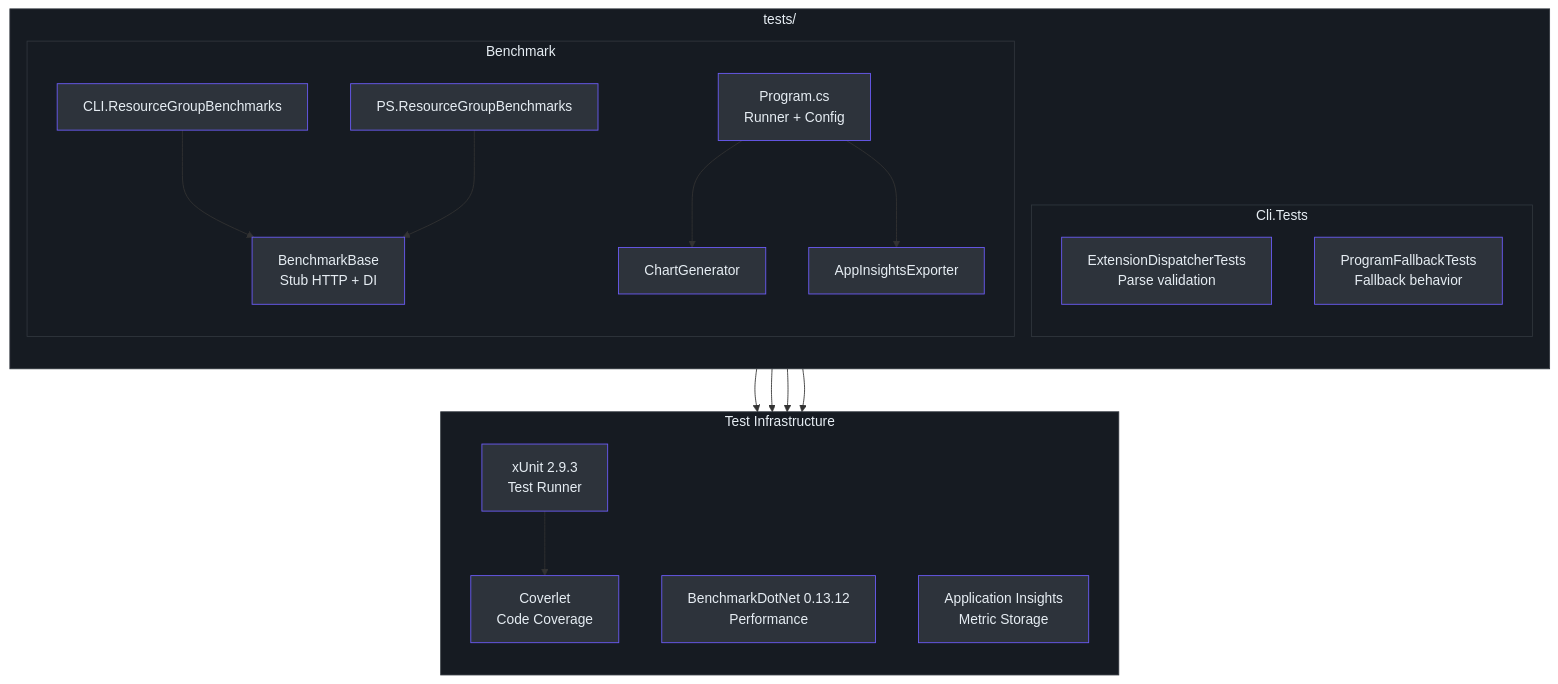
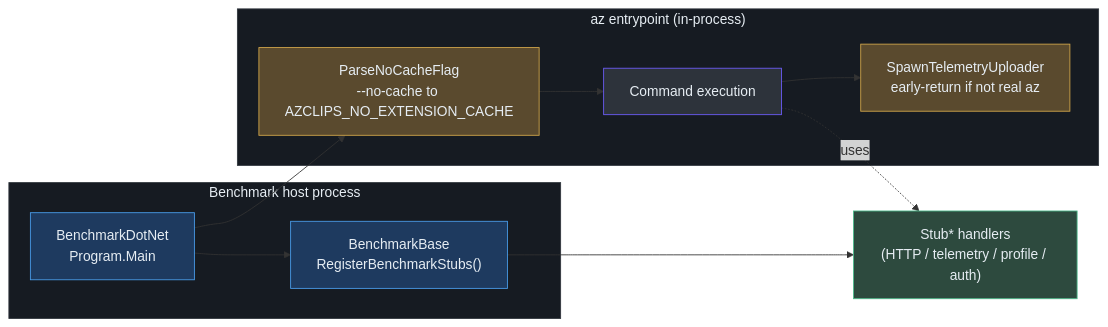
One commit to Azure/azclips changed the second of 2 diagrams in wiki/02-deep-dive/testing-benchmarking.md. Above: the diagram before and after it, drawn with Mermaid. The commit also changed other lines of this file and 19 other files, not shown here.

````diff
--- a/wiki/02-deep-dive/testing-benchmarking.md
+++ b/wiki/02-deep-dive/testing-benchmarking.md
@@ -12,54 +103,24 @@
 ```mermaid
-flowchart TB
-    subgraph Tests["tests/"]
-        direction TB
-        subgraph Unit["Cli.Tests"]
-            EDT["ExtensionDispatcherTests<br>Parse validation"]
-            PFT["ProgramFallbackTests<br>Fallback behavior"]
-        end
-        subgraph Perf["Benchmark"]
-            Prog["Program.cs<br>Runner + Config"]
-            Base["BenchmarkBase<br>Stub HTTP + DI"]
-            CLIB["CLI.ResourceGroupBenchmarks"]
-            PSB["PS.ResourceGroupBenchmarks"]
-            AIE["AppInsightsExporter"]
-            CG["ChartGenerator"]
-        end
+flowchart LR
+    subgraph host["Benchmark host process"]
+        BDN["BenchmarkDotNet<br>Program.Main"]
+        BASE["BenchmarkBase<br>RegisterBenchmarkStubs()"]
     end
-
-    subgraph Infra["Test Infrastructure"]
-        direction TB
-        Coverlet["Coverlet<br>Code Coverage"]
-        xUnit["xUnit 2.9.3<br>Test Runner"]
-        BDN["BenchmarkDotNet 0.13.12<br>Performance"]
-        AppIns["Application Insights<br>Metric Storage"]
+    subgraph cli["az entrypoint (in-process)"]
+        NC["ParseNoCacheFlag<br>--no-cache to AZCLIPS_NO_EXTENSION_CACHE"]
+        RUN["Command execution"]
+        TEL["SpawnTelemetryUploader<br>early-return if not real az"]
     end
-
-    EDT --> xUnit
-    PFT --> xUnit
-    xUnit --> Coverlet
-
-    CLIB --> Base
-    PSB --> Base
-    Prog --> BDN
-    Prog --> CG
-    Prog --> AIE
-    AIE --> AppIns
-
-    style Tests fill:#161b22,stroke:#30363d,color:#e6edf3
-    style Unit fill:#161b22,stroke:#30363d,color:#e6edf3
-    style Perf fill:#161b22,stroke:#30363d,color:#e6edf3
-    style Infra fill:#161b22,stroke:#30363d,color:#e6edf3
-    style EDT fill:#2d333b,stroke:#6d5dfc,color:#e6edf3
-    style PFT fill:#2d333b,stroke:#6d5dfc,color:#e6edf3
-    style Prog fill:#2d333b,stroke:#6d5dfc,color:#e6edf3
-    style Base fill:#2d333b,stroke:#6d5dfc,color:#e6edf3
-    style CLIB fill:#2d333b,stroke:#6d5dfc,color:#e6edf3
-    style PSB fill:#2d333b,stroke:#6d5dfc,color:#e6edf3
-    style AIE fill:#2d333b,stroke:#6d5dfc,color:#e6edf3
-    style CG fill:#2d333b,stroke:#6d5dfc,color:#e6edf3
-    style Coverlet fill:#2d333b,stroke:#6d5dfc,color:#e6edf3
-    style xUnit fill:#2d333b,stroke:#6d5dfc,color:#e6edf3
-    style BDN fill:#2d333b,stroke:#6d5dfc,color:#e6edf3
-    style AppIns fill:#2d333b,stroke:#6d5dfc,color:#e6edf3
+    STUBS["Stub* handlers<br>(HTTP / telemetry / profile / auth)"]
+    BDN --> BASE --> STUBS
+    BDN --> NC --> RUN --> TEL
+    RUN -.uses.-> STUBS
+    style host fill:#161b22,stroke:#30363d,color:#e6edf3
+    style cli fill:#161b22,stroke:#30363d,color:#e6edf3
+    style BDN fill:#1e3a5f,stroke:#4a9eed,color:#e6edf3
+    style BASE fill:#1e3a5f,stroke:#4a9eed,color:#e6edf3
+    style NC fill:#5a4a2e,stroke:#d4a84b,color:#e6edf3
+    style TEL fill:#5a4a2e,stroke:#d4a84b,color:#e6edf3
+    style RUN fill:#2d333b,stroke:#6d5dfc,color:#e6edf3
+    style STUBS fill:#2d4a3e,stroke:#4aba8a,color:#e6edf3
 ```
````
